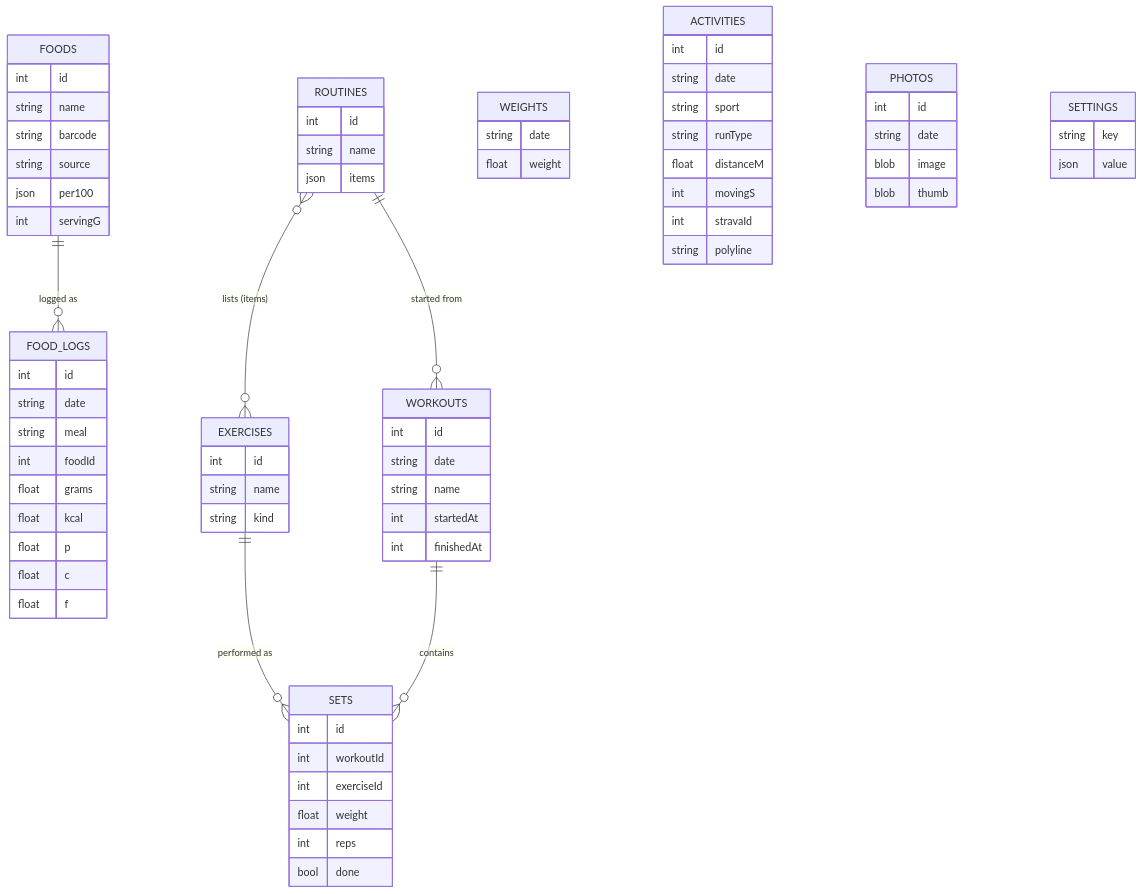
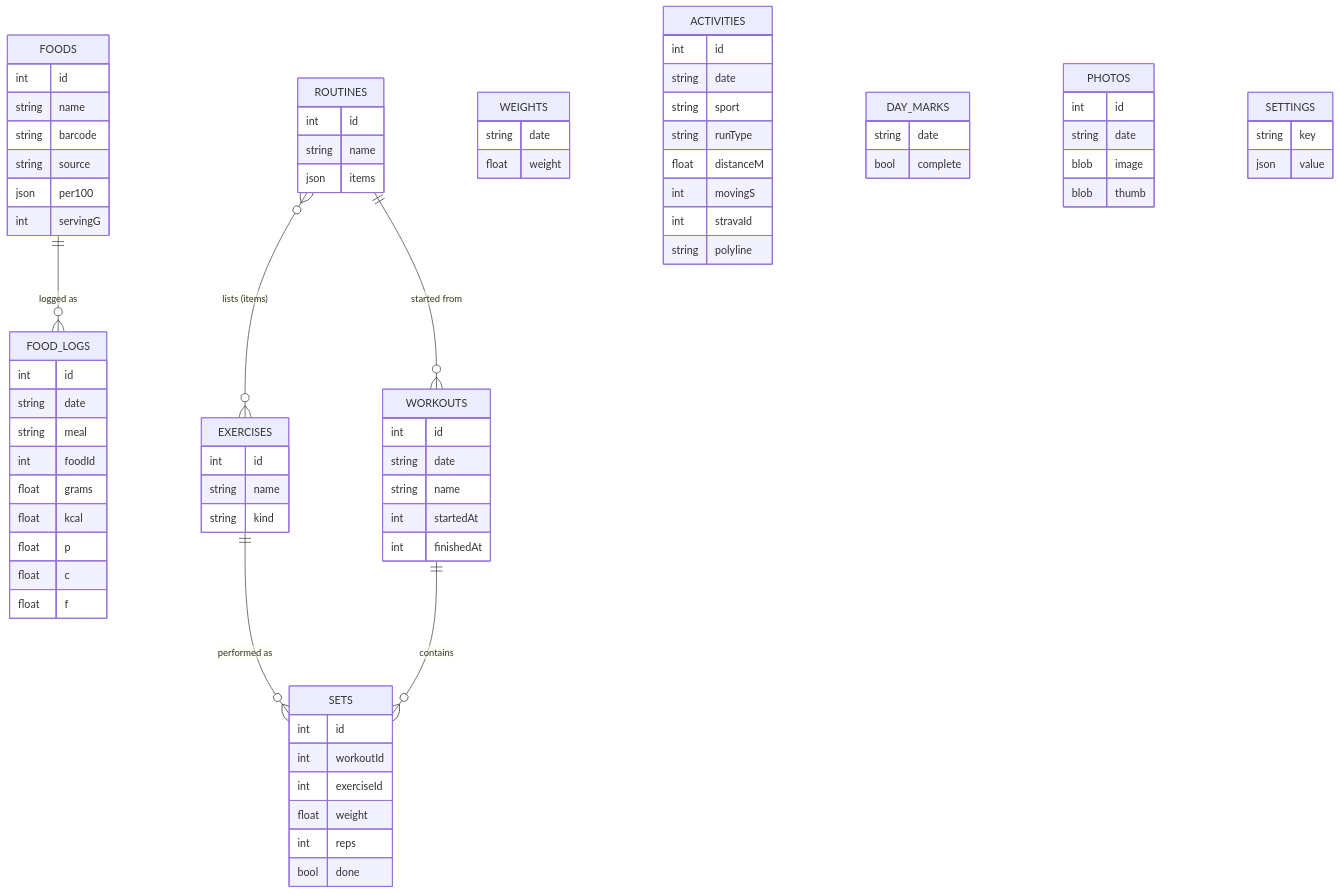
One commit to aidenfisherb/MoveMent changed the fourth of 4 diagrams in ARCHITECTURE.md. Above: the diagram before and after it, drawn with Mermaid. The commit also changed 10 other files, not shown here.

````diff
--- a/ARCHITECTURE.md
+++ b/ARCHITECTURE.md
@@ -93,76 +93,80 @@
 ```mermaid
 erDiagram
   FOODS ||--o{ FOOD_LOGS : "logged as"
   EXERCISES ||--o{ SETS : "performed as"
   WORKOUTS ||--o{ SETS : contains
   ROUTINES }o--o{ EXERCISES : "lists (items)"
   ROUTINES ||--o{ WORKOUTS : "started from"
   FOODS {
     int id
     string name
     string barcode
     string source
     json per100
     int servingG
   }
   FOOD_LOGS {
     int id
     string date
     string meal
     int foodId
     float grams
     float kcal
     float p
     float c
     float f
   }
   EXERCISES {
     int id
     string name
     string kind
   }
   ROUTINES {
     int id
     string name
     json items
   }
   WORKOUTS {
     int id
     string date
     string name
     int startedAt
     int finishedAt
   }
   SETS {
     int id
     int workoutId
     int exerciseId
     float weight
     int reps
     bool done
   }
   WEIGHTS {
     string date
     float weight
   }
   ACTIVITIES {
     int id
     string date
     string sport
     string runType
     float distanceM
     int movingS
     int stravaId
     string polyline
   }
+  DAY_MARKS {
+    string date
+    bool complete
+  }
   PHOTOS {
     int id
     string date
     blob image
     blob thumb
   }
   SETTINGS {
     string key
     json value
   }
 ```
````
